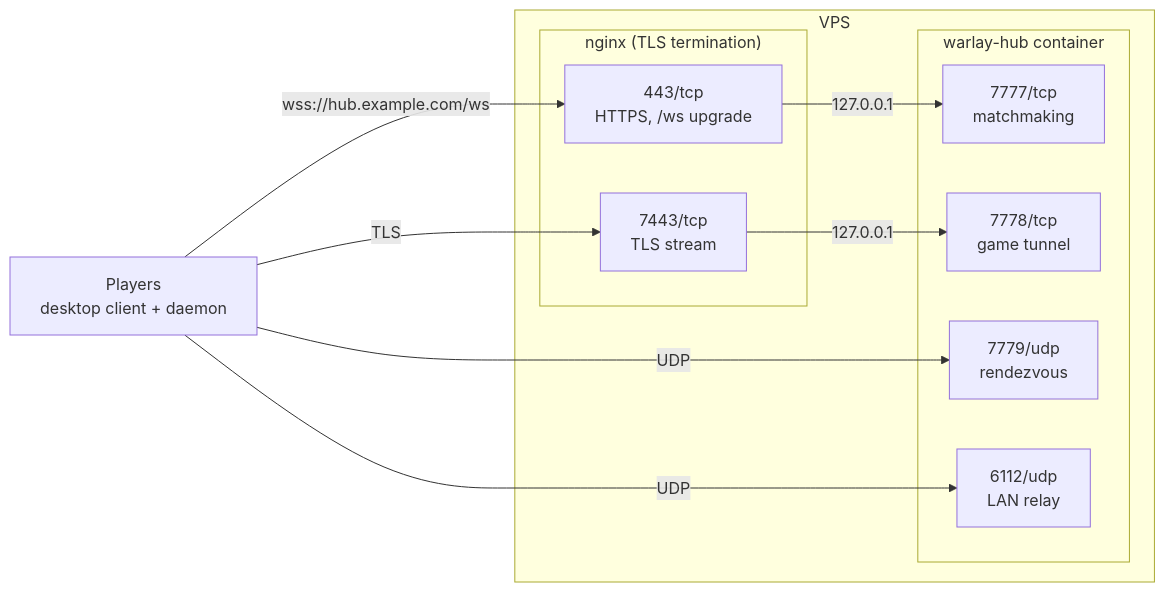
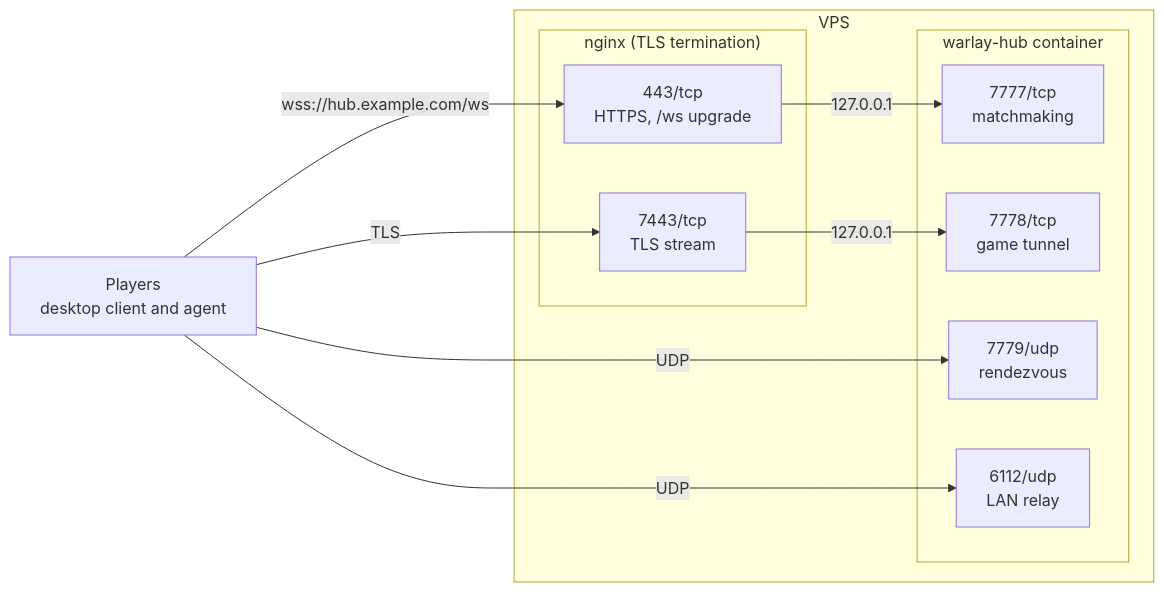
The third of 4 diagrams in README.md (jhonsferg/warlay), drawn with Mermaid before and after one commit. The commit also changed other lines of this file and 11 other files, not shown here.

````diff
--- a/README.md
+++ b/README.md
@@ -345,24 +350,24 @@
 ```mermaid
 flowchart LR
-    players["Players<br/>desktop client + daemon"]
+    players["Players<br/>desktop client and agent"]
 
     subgraph vps["VPS"]
         subgraph nginx["nginx (TLS termination)"]
             https["443/tcp<br/>HTTPS, /ws upgrade"]
             stream["7443/tcp<br/>TLS stream"]
         end
         subgraph container["warlay-hub container"]
             ws["7777/tcp<br/>matchmaking"]
             tcp["7778/tcp<br/>game tunnel"]
             rv["7779/udp<br/>rendezvous"]
             relay["6112/udp<br/>LAN relay"]
         end
     end
 
     players -->|wss://hub.example.com/ws| https
     players -->|TLS| stream
     players -->|UDP| rv
     players -->|UDP| relay
     https -->|127.0.0.1| ws
     stream -->|127.0.0.1| tcp
 ```
````
